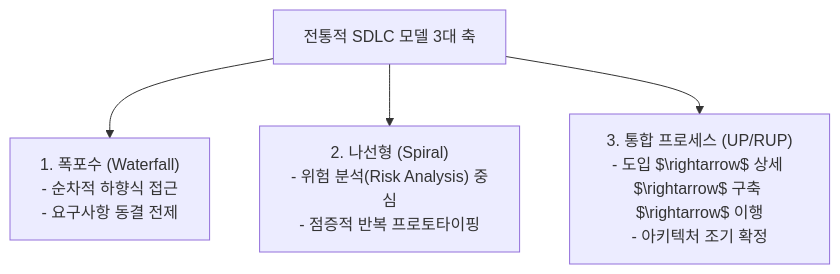
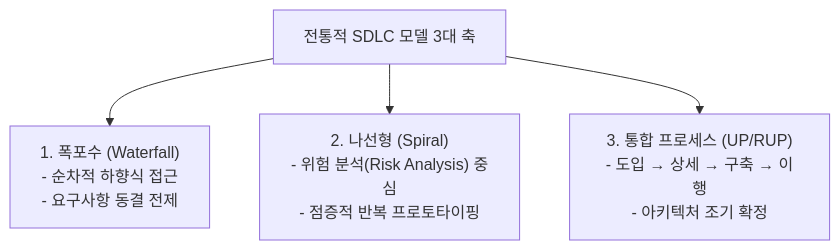
The diagram in content/posts/ncs-swe-1-1-traditional-sdlc-waterfall-spiral-up.md (initbtn/blog), drawn with Mermaid before and after one commit. The commit also changed other lines of this file and 15 other files, not shown here.

````diff
--- a/content/posts/ncs-swe-1-1-traditional-sdlc-waterfall-spiral-up.md
+++ b/content/posts/ncs-swe-1-1-traditional-sdlc-waterfall-spiral-up.md
@@ -14,12 +14,12 @@
 ```mermaid
 flowchart TD
     SDLC["전통적 SDLC 모델 3대 축"]
     
     W["1. 폭포수 (Waterfall)<br>- 순차적 하향식 접근<br>- 요구사항 동결 전제"]
     S["2. 나선형 (Spiral)<br>- 위험 분석(Risk Analysis) 중심<br>- 점증적 반복 프로토타이핑"]
-    U["3. 통합 프로세스 (UP/RUP)<br>- 도입 $\rightarrow$ 상세 $\rightarrow$ 구축 $\rightarrow$ 이행<br>- 아키텍처 조기 확정"]
+    U["3. 통합 프로세스 (UP/RUP)<br>- 도입 → 상세 → 구축 → 이행<br>- 아키텍처 조기 확정"]
 
     SDLC --> W
     SDLC --> S
     SDLC --> U
 ```
````
